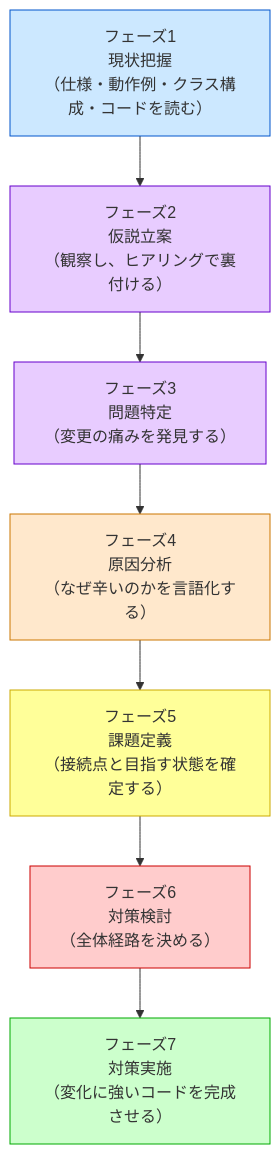
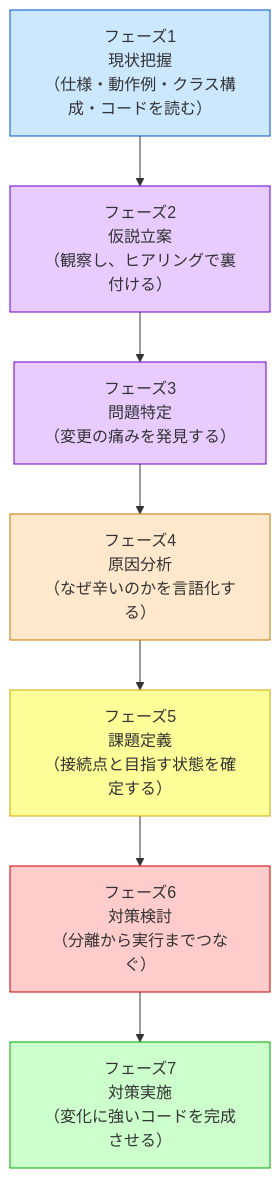
The first of 5 diagrams in kindle/design-patterns/output/chapter00_2.md (kumachan1101-pixel/DesignPattern), drawn with Mermaid before and after one commit. The commit also changed other lines of this file and 34 other files, not shown here.

````diff
--- a/kindle/design-patterns/output/chapter00_2.md
+++ b/kindle/design-patterns/output/chapter00_2.md
@@ -177,20 +150,20 @@
 ```mermaid
 graph TD
     PH1["フェーズ1<br>現状把握<br>（仕様・動作例・クラス構成・コードを読む）"]
     PH2["フェーズ2<br>仮説立案<br>（観察し、ヒアリングで裏付ける）"]
     PH3["フェーズ3<br>問題特定<br>（変更の痛みを発見する）"]
     PH4["フェーズ4<br>原因分析<br>（なぜ辛いのかを言語化する）"]
     PH5["フェーズ5<br>課題定義<br>（接続点と目指す状態を確定する）"]
-    PH6["フェーズ6<br>対策検討<br>（全体経路を決める）"]
+    PH6["フェーズ6<br>対策検討<br>（分離から実行までつなぐ）"]
     PH7["フェーズ7<br>対策実施<br>（変化に強いコードを完成させる）"]
 
     PH1 --> PH2 --> PH3 --> PH4 --> PH5 --> PH6 --> PH7
 
     style PH1 fill:#cce8ff,stroke:#0055cc
     style PH2 fill:#e8ccff,stroke:#6600cc
     style PH3 fill:#e8ccff,stroke:#6600cc
     style PH4 fill:#ffe8cc,stroke:#cc7700
     style PH5 fill:#ffff99,stroke:#ccaa00
     style PH6 fill:#ffcccc,stroke:#cc0000
     style PH7 fill:#ccffcc,stroke:#00aa00
 ```
````
